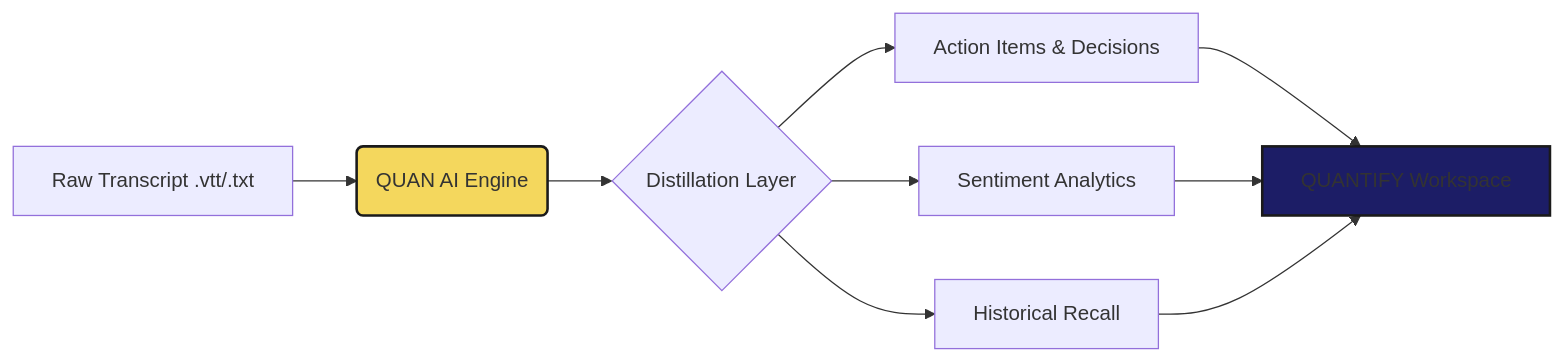
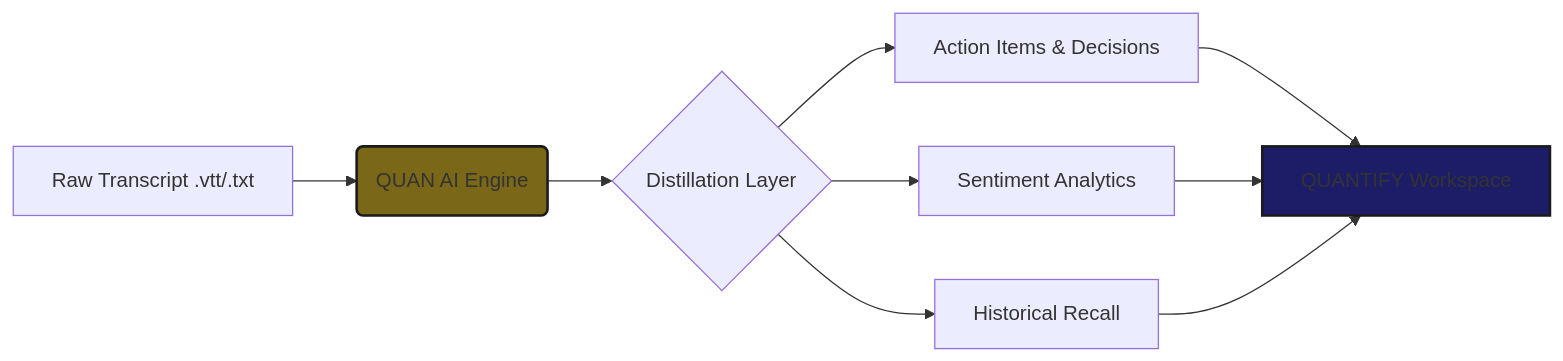
Before and after one commit to alexmathews03/quantify-meeting-intelligence-hub: the diagram in README.md, drawn with Mermaid. The commit also changed other lines of this file, not shown here.

````diff
--- a/README.md
+++ b/README.md
@@ -24,11 +24,11 @@
 ```mermaid
 graph LR
     Input[Raw Transcript .vtt/.txt] --> Engine(QUAN AI Engine)
     Engine --> Logic{Distillation Layer}
     Logic --> Items[Action Items & Decisions]
     Logic --> Sentiment[Sentiment Analytics]
     Logic --> Context[Historical Recall]
     Items & Sentiment & Context --> Workspace[QUANTIFY Workspace]
-    style Engine fill:#f4d75d,stroke:#1a1a1a,stroke-width:2px
+    style Engine fill:#7a6818,stroke:#1a1a1a,stroke-width:2px
     style Workspace fill:#1c1d66,stroke:#1a1a1a,stroke-width:2px
 ```
````
